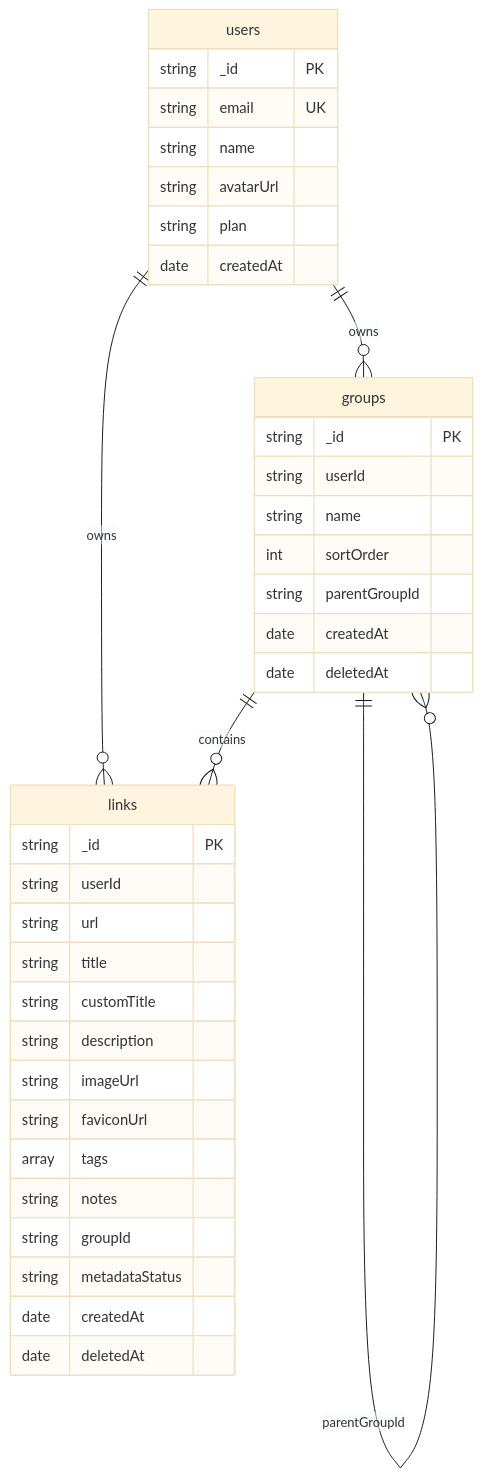
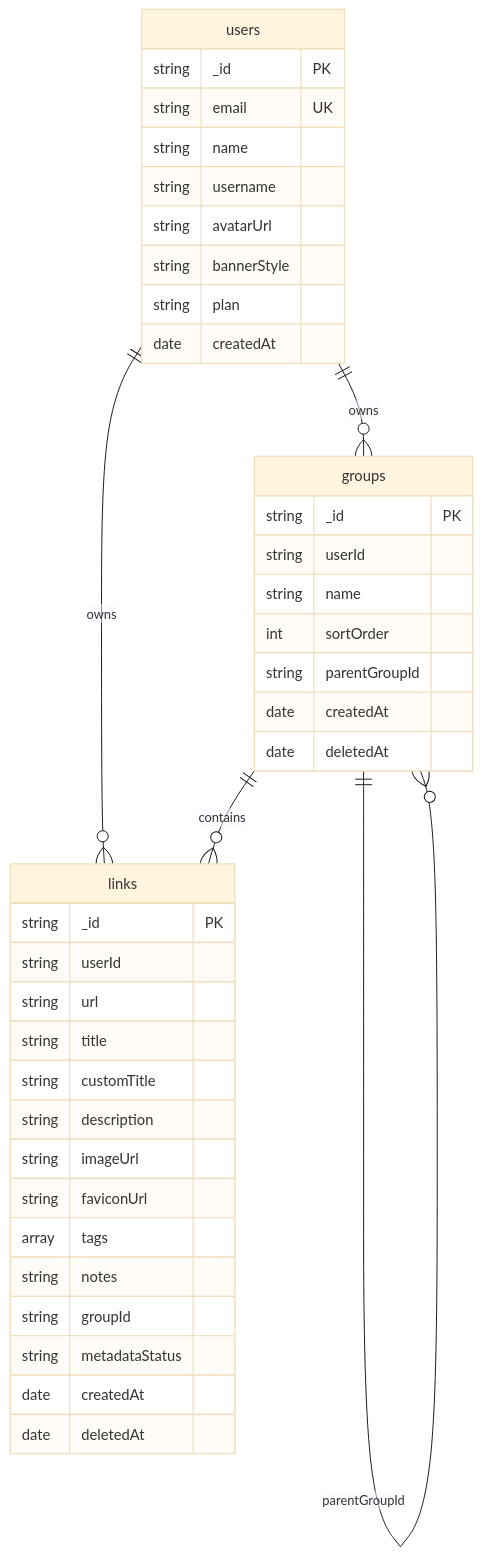
The diagram in docs/database/schema.mdx (ayushsoni04/memory404), drawn with Mermaid (base theme) before and after one commit. The commit also changed other lines of this file and 51 other files, not shown here.

````diff
--- a/docs/database/schema.mdx
+++ b/docs/database/schema.mdx
@@ -11,43 +11,45 @@
 ```mermaid
 erDiagram
     users ||--o{ groups : owns
     users ||--o{ links : owns
     groups ||--o{ links : contains
     groups ||--o{ groups : parentGroupId
 
     users {
         string _id PK
         string email UK
         string name
+        string username
         string avatarUrl
+        string bannerStyle
         string plan
         date createdAt
     }
 
     groups {
         string _id PK
         string userId
         string name
         int sortOrder
         string parentGroupId
         date createdAt
         date deletedAt
     }
 
     links {
         string _id PK
         string userId
         string url
         string title
         string customTitle
         string description
         string imageUrl
         string faviconUrl
         array tags
         string notes
         string groupId
         string metadataStatus
         date createdAt
         date deletedAt
     }
 ```
````
